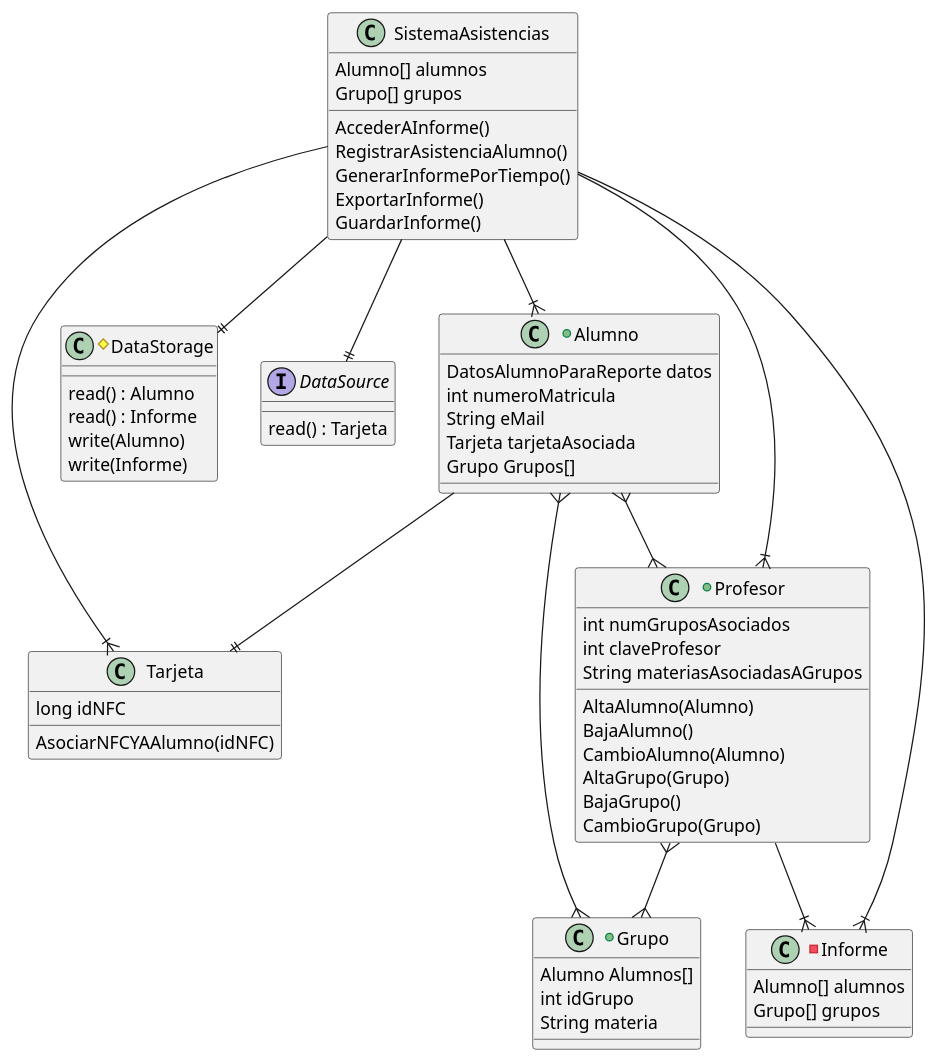
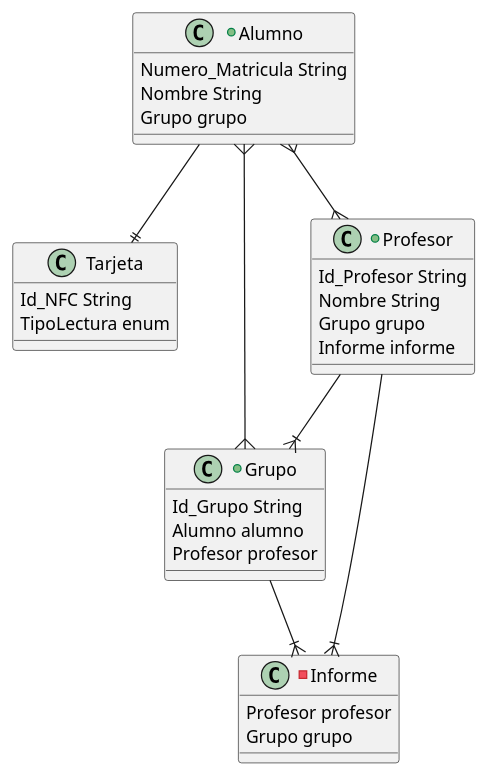
Before and after one commit to GirTabAleph/ProyectoSistemas: the diagram in Diseño/Diseño/4.Diagrama de datos/DiagramaDatos.puml, drawn with PlantUML.

```diff
--- a/Diseño/Diseño/4.Diagrama de datos/DiagramaDatos.puml
+++ b/Diseño/Diseño/4.Diagrama de datos/DiagramaDatos.puml
@@ -1,94 +1,52 @@
 @startuml
 
 class Tarjeta{ 
 
-    long idNFC
-    AsociarNFCYAAlumno(idNFC)
+    Id_NFC String
+    TipoLectura enum
 
 }
 
-#class DataStorage{
-
-    read() : Alumno
-    read() : Informe
-    write(Alumno)
-    write(Informe)
-
-}
-
-interface DataSource{
-
-    read() : Tarjeta
-
-}
 
 +class Alumno{
 
-    DatosAlumnoParaReporte datos
-    int numeroMatricula
-    String eMail
-    Tarjeta tarjetaAsociada
-    Grupo Grupos[]
-
-
+    Numero_Matricula String
+    Nombre String
+    Grupo grupo 
 } 
 
 +class Profesor{
 
-    int numGruposAsociados
-    int claveProfesor
-    String materiasAsociadasAGrupos
-
-    AltaAlumno(Alumno)
-    BajaAlumno()
-    CambioAlumno(Alumno)
-    AltaGrupo(Grupo)
-    BajaGrupo()
-    CambioGrupo(Grupo)
+    Id_Profesor String
+    Nombre String
+    Grupo grupo
+    Informe informe
 
 }
 
 +class Grupo{
 
-    Alumno Alumnos[]
-    int idGrupo
-    String materia
+    Id_Grupo String 
+    Alumno alumno
+    Profesor profesor
 
 }
 
-class SistemaAsistencias{
-
-    Alumno[] alumnos
-    Grupo[] grupos
-
-    'Métodos.
-    AccederAInforme()
-    RegistrarAsistenciaAlumno()
-    GenerarInformePorTiempo()
-    ExportarInforme()
-    GuardarInforme()
-
-}
 
 -class Informe{
 
-    Alumno[] alumnos
-    Grupo[] grupos
+    Profesor profesor 
+    Grupo grupo 
 
 }
 
 'Relaciones.
 
     Alumno }--{ Grupo
-    Profesor }--{ Grupo
+    Profesor --|{ Grupo
     Alumno }--{ Profesor
     Profesor --|{ Informe
     Alumno --|| Tarjeta
-    SistemaAsistencias --|| DataStorage
-    SistemaAsistencias --|{ Alumno
-    SistemaAsistencias --|{ Profesor
-    SistemaAsistencias --|{ Informe
-    SistemaAsistencias --|{ Tarjeta
-    SistemaAsistencias --|| DataSource
-
+    Grupo --|{ Informe
+ 
 @enduml
```
